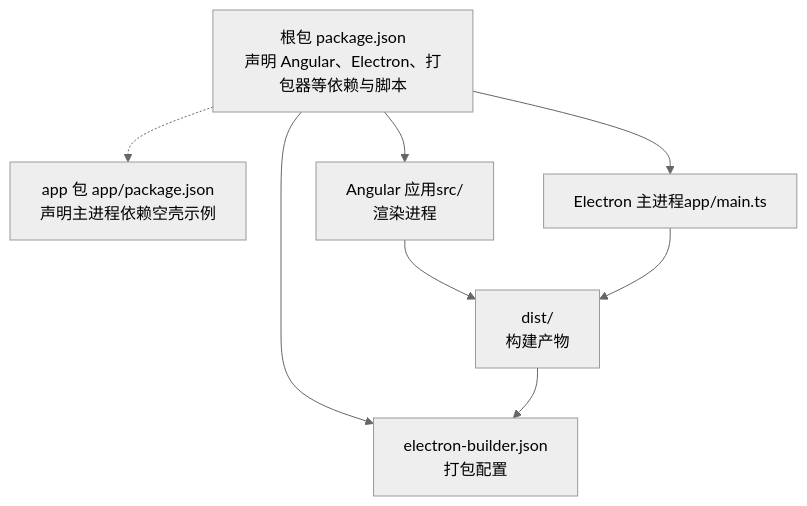
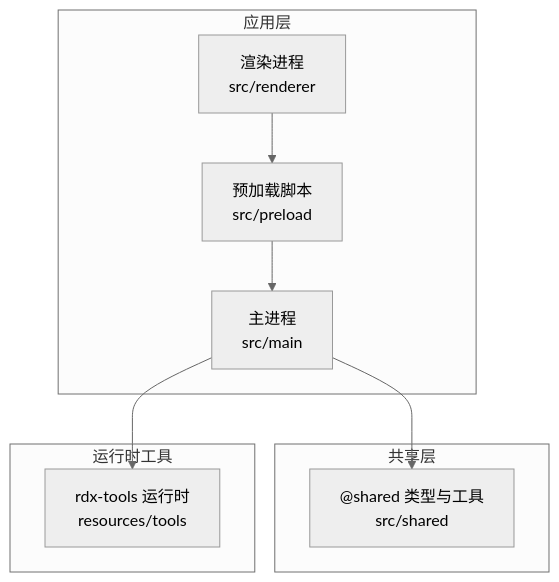
Before and after one commit to haolange/RDC-Agent: the first of 5 diagrams in .qoder/repowiki/zh/content/快速开始.md, drawn with Mermaid (neutral theme). The commit also changed other lines of this file and 84 other files, not shown here.

````diff
--- a/.qoder/repowiki/zh/content/快速开始.md
+++ b/.qoder/repowiki/zh/content/快速开始.md
@@ -48,16 +46,18 @@
 ```mermaid
 graph TB
-RootPkg["根包 package.json<br/>声明 Angular、Electron、打包器等依赖与脚本"]
-AppPkg["app 包 app/package.json<br/>声明主进程依赖空壳示例"]
-Angular["Angular 应用src/<br/>渲染进程"]
-ElectronMain["Electron 主进程app/main.ts"]
-Builder["electron-builder.json<br/>打包配置"]
-Dist["dist/<br/>构建产物"]
-RootPkg --> Angular
-RootPkg --> ElectronMain
-RootPkg --> Builder
-Angular --> Dist
-ElectronMain --> Dist
-Dist --> Builder
-RootPkg -.-> AppPkg
+subgraph "应用层"
+UI["渲染进程<br/>src/renderer"]
+Preload["预加载脚本<br/>src/preload"]
+Main["主进程<br/>src/main"]
+end
+subgraph "共享层"
+Shared["@shared 类型与工具<br/>src/shared"]
+end
+subgraph "运行时工具"
+Tools["rdx-tools 运行时<br/>resources/tools"]
+end
+UI --> Preload
+Preload --> Main
+Main --> Shared
+Main --> Tools
 ```
````
